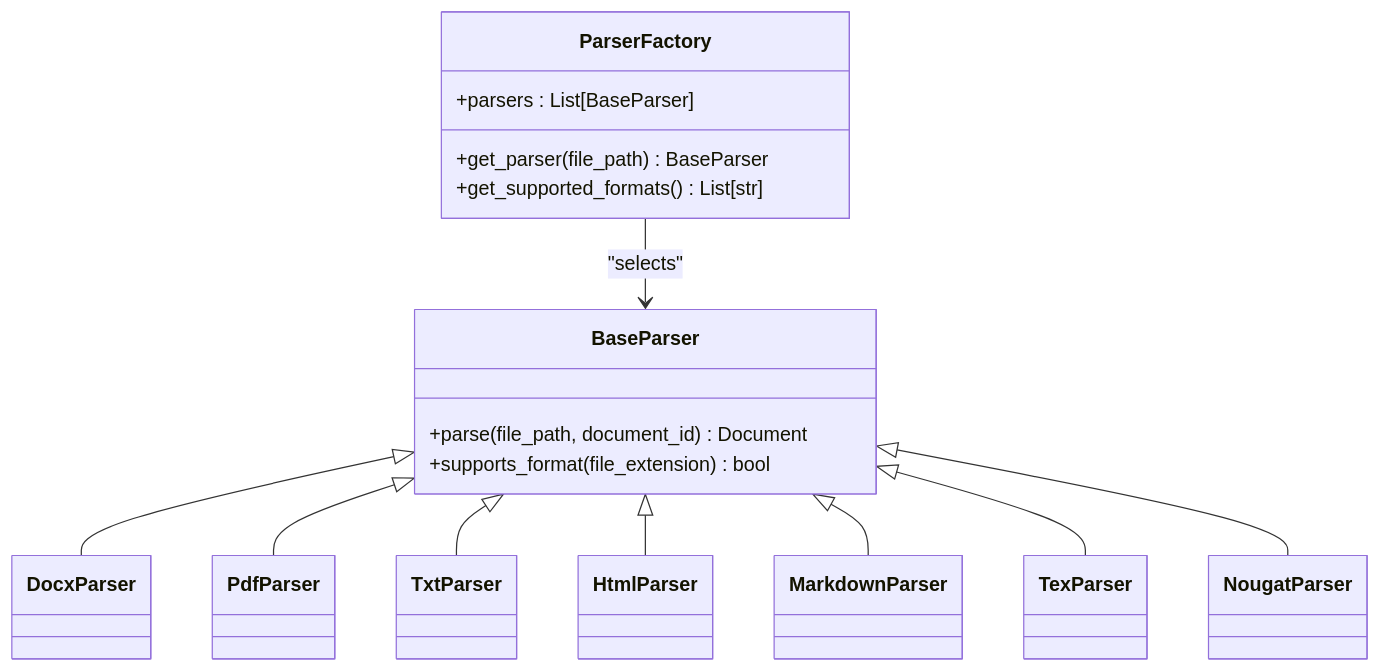
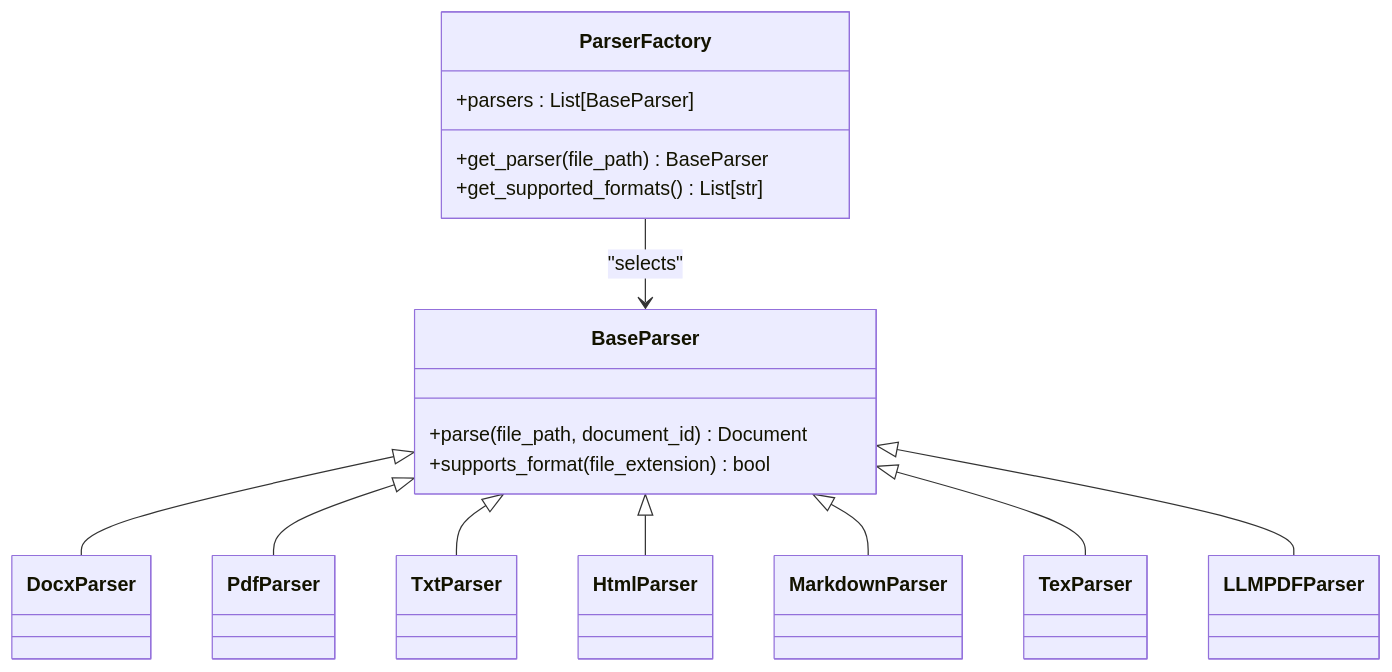
One commit to rohitkumarnaidu/ScholarFormAI changed the third of 6 diagrams in .docs/content/Pipeline Processing/Text Extraction.md. Above: the diagram before and after it, drawn with Mermaid. The commit also changed other lines of this file and 3 other files, not shown here.

````diff
--- a/.docs/content/Pipeline Processing/Text Extraction.md
+++ b/.docs/content/Pipeline Processing/Text Extraction.md
@@ -210,27 +210,27 @@
 ```mermaid
 classDiagram
 class BaseParser {
 +parse(file_path, document_id) Document
 +supports_format(file_extension) bool
 }
 class ParserFactory {
 +parsers : List[BaseParser]
 +get_parser(file_path) BaseParser
 +get_supported_formats() List[str]
 }
 class DocxParser
 class PdfParser
 class TxtParser
 class HtmlParser
 class MarkdownParser
 class TexParser
-class NougatParser
+class LLMPDFParser
 ParserFactory --> BaseParser : "selects"
 BaseParser <|-- DocxParser
 BaseParser <|-- PdfParser
 BaseParser <|-- TxtParser
 BaseParser <|-- HtmlParser
 BaseParser <|-- MarkdownParser
 BaseParser <|-- TexParser
-BaseParser <|-- NougatParser
+BaseParser <|-- LLMPDFParser
 ```
````
